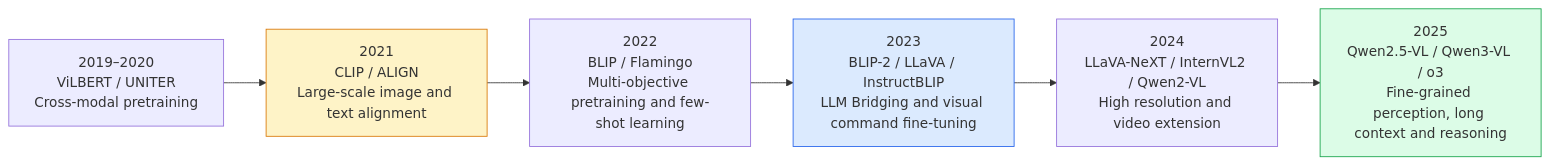
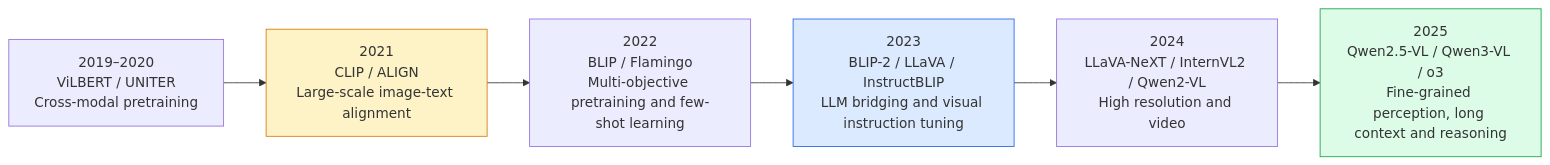
Before and after one commit to TingdeLiu/tingdeliu.github.io: the first of 15 diagrams in _translations/en/research/VLM-Survey.md, drawn with Mermaid. The commit also changed other lines of this file and 51 other files, not shown here.

````diff
--- a/_translations/en/research/VLM-Survey.md
+++ b/_translations/en/research/VLM-Survey.md
@@ -111,13 +111,13 @@
 ```mermaid
 flowchart LR
     A["2019–2020<br/>ViLBERT / UNITER<br/>Cross-modal pretraining"]
-    B["2021<br/>CLIP / ALIGN<br/>Large-scale image and text alignment"]
+    B["2021<br/>CLIP / ALIGN<br/>Large-scale image-text alignment"]
     C["2022<br/>BLIP / Flamingo<br/>Multi-objective pretraining and few-shot learning"]
-    D["2023<br/>BLIP-2 / LLaVA / InstructBLIP<br/>LLM Bridging and visual command fine-tuning"]
-    E["2024<br/>LLaVA-NeXT / InternVL2 / Qwen2-VL<br/>High resolution and video extension"]
+    D["2023<br/>BLIP-2 / LLaVA / InstructBLIP<br/>LLM bridging and visual instruction tuning"]
+    E["2024<br/>LLaVA-NeXT / InternVL2 / Qwen2-VL<br/>High resolution and video"]
     F["2025<br/>Qwen2.5-VL / Qwen3-VL / o3<br/>Fine-grained perception, long context and reasoning"]
     A --> B --> C --> D --> E --> F
     style B fill:#fef3c7,stroke:#d97706
     style D fill:#dbeafe,stroke:#2563eb
     style F fill:#dcfce7,stroke:#16a34a
 ```
````
